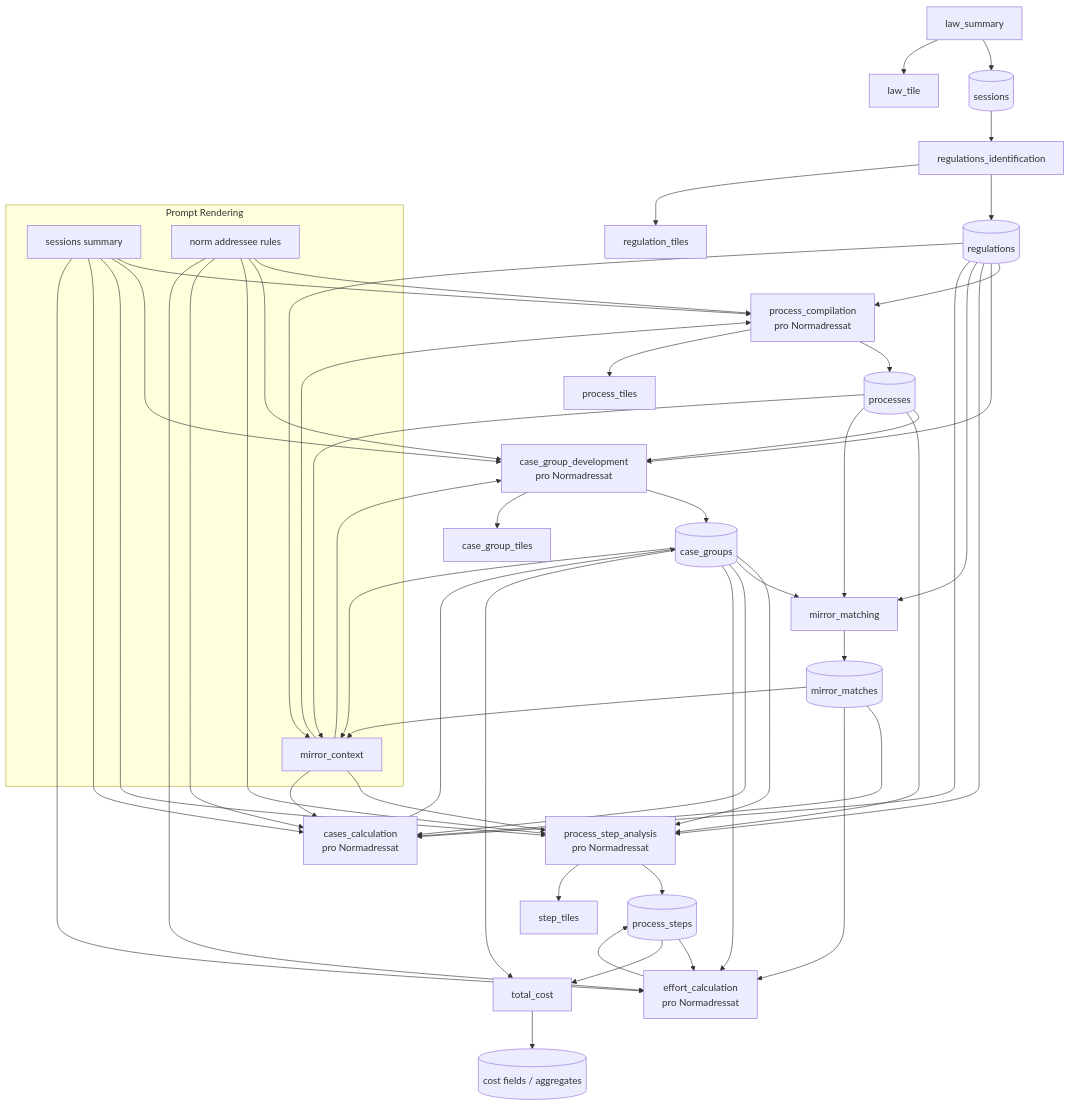
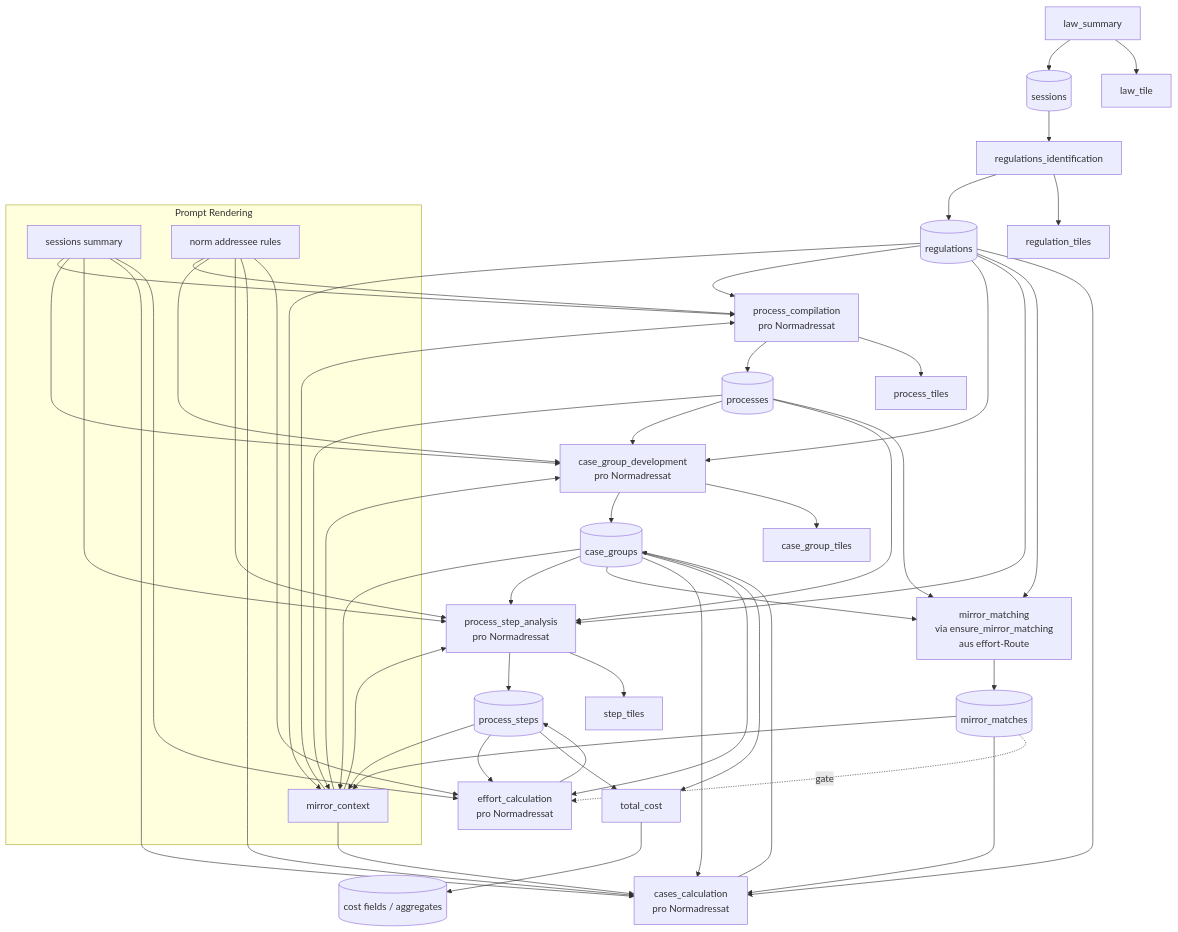
The diagram in PROMPT_DB_FLOW_DIAGRAM.md (juliaschaumeier/compliance-cost-computer), drawn with Mermaid before and after one commit. The commit also changed other lines of this file and 3 other files, not shown here.

Commit message:
Update prompt DB flow docs

````diff
--- a/PROMPT_DB_FLOW_DIAGRAM.md
+++ b/PROMPT_DB_FLOW_DIAGRAM.md
@@ -3,71 +3,72 @@
 ```mermaid
 flowchart TD
     A[law_summary] --> S[(sessions)]
     A --> LT[law_tile]
 
     S --> B[regulations_identification]
     B --> R[(regulations)]
     B --> RT[regulation_tiles]
 
     R --> C[process_compilation<br/>pro Normadressat]
     C --> P[(processes)]
     C --> PT[process_tiles]
 
     P --> D[case_group_development<br/>pro Normadressat]
     R --> D
     D --> CG[(case_groups)]
     D --> CGT[case_group_tiles]
 
     P --> E[process_step_analysis<br/>pro Normadressat]
     CG --> E
     R --> E
     E --> PS[(process_steps)]
     E --> PST[step_tiles]
 
-    R --> M[mirror_matching]
+    R --> M[mirror_matching<br/>via ensure_mirror_matching<br/>aus effort-Route]
     P --> M
     CG --> M
     M --> MM[(mirror_matches)]
 
     CG --> F[cases_calculation<br/>pro Normadressat]
     R --> F
     MM --> F
     F --> CG
 
     PS --> G[effort_calculation<br/>pro Normadressat]
     CG --> G
-    MM --> G
+    MM -.gate.-> G
     G --> PS
 
     CG --> H[total_cost]
     PS --> H
     H --> COST[(cost fields / aggregates)]
 
     subgraph Prompt Rendering
         S2[sessions summary]
         NA[norm addressee rules]
         MC[mirror_context]
     end
 
     S2 --> C
     S2 --> D
     S2 --> E
     S2 --> F
     S2 --> G
 
     NA --> C
     NA --> D
     NA --> E
     NA --> F
     NA --> G
 
     R --> MC
     P --> MC
     CG --> MC
+    PS --> MC
     MM --> MC
 
     MC --> C
     MC --> D
     MC --> E
     MC --> F
 ```
````
